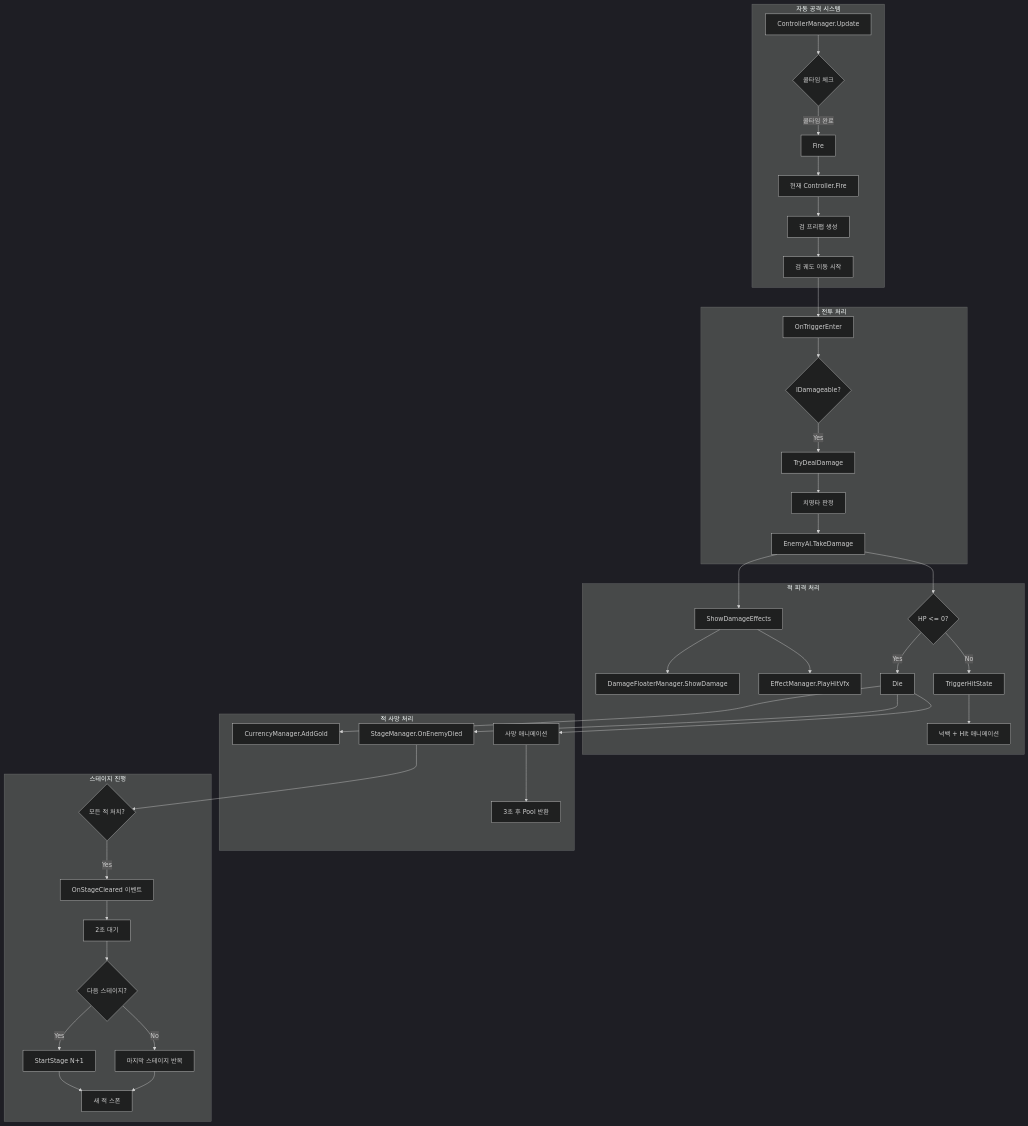
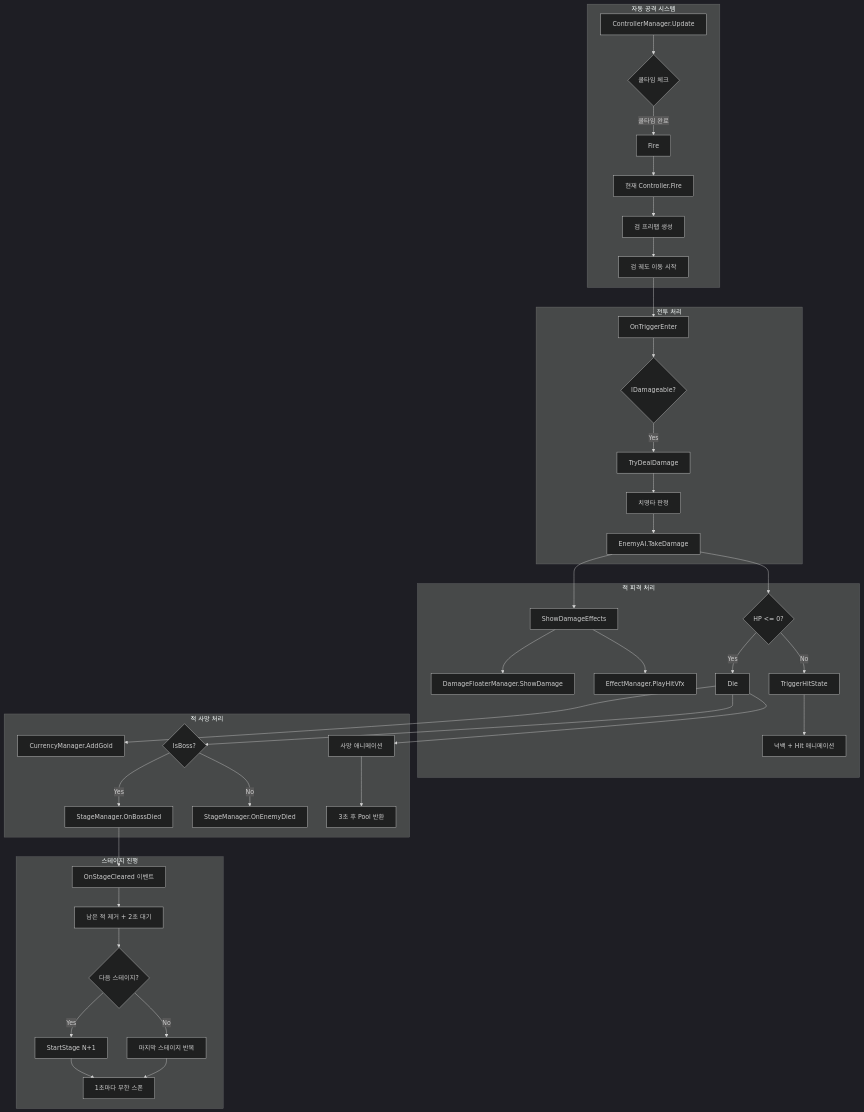
Before and after one commit to guardkim/SwordLordMaker: the second of 5 diagrams in Docs/TechnicalDesignDocument.md, drawn with Mermaid (dark theme). The commit also changed other lines of this file and 31 other files, not shown here.

````diff
--- a/Docs/TechnicalDesignDocument.md
+++ b/Docs/TechnicalDesignDocument.md
@@ -446,46 +457,47 @@
 ```mermaid
 flowchart TD
     subgraph AutoAttack["자동 공격 시스템"]
         A[ControllerManager.Update] --> B{쿨타임 체크}
         B -->|쿨타임 완료| C[Fire]
         C --> D[현재 Controller.Fire]
         D --> E[검 프리팹 생성]
         E --> F[검 궤도 이동 시작]
     end
 
     subgraph Combat["전투 처리"]
         F --> G[OnTriggerEnter]
         G --> H{IDamageable?}
         H -->|Yes| I[TryDealDamage]
         I --> J[치명타 판정]
         J --> K[EnemyAI.TakeDamage]
     end
 
     subgraph EnemyDamage["적 피격 처리"]
         K --> L[ShowDamageEffects]
         L --> M[DamageFloaterManager.ShowDamage]
         L --> N[EffectManager.PlayHitVfx]
         K --> O{HP <= 0?}
         O -->|No| P[TriggerHitState]
         P --> Q[넉백 + Hit 애니메이션]
         O -->|Yes| R[Die]
     end
 
     subgraph EnemyDeath["적 사망 처리"]
         R --> S[CurrencyManager.AddGold]
-        R --> T[StageManager.OnEnemyDied]
+        R --> T{IsBoss?}
+        T -->|Yes| T1[StageManager.OnBossDied]
+        T -->|No| T2[StageManager.OnEnemyDied]
         R --> U[사망 애니메이션]
         U --> V[3초 후 Pool 반환]
     end
 
     subgraph StageProgress["스테이지 진행"]
-        T --> W{모든 적 처치?}
-        W -->|Yes| X[OnStageCleared 이벤트]
-        X --> Y[2초 대기]
+        T1 --> X[OnStageCleared 이벤트]
+        X --> Y[남은 적 제거 + 2초 대기]
         Y --> Z{다음 스테이지?}
         Z -->|Yes| AA[StartStage N+1]
         Z -->|No| AB[마지막 스테이지 반복]
-        AA --> AC[새 적 스폰]
+        AA --> AC[1초마다 무한 스폰]
         AB --> AC
     end
 ```
````
